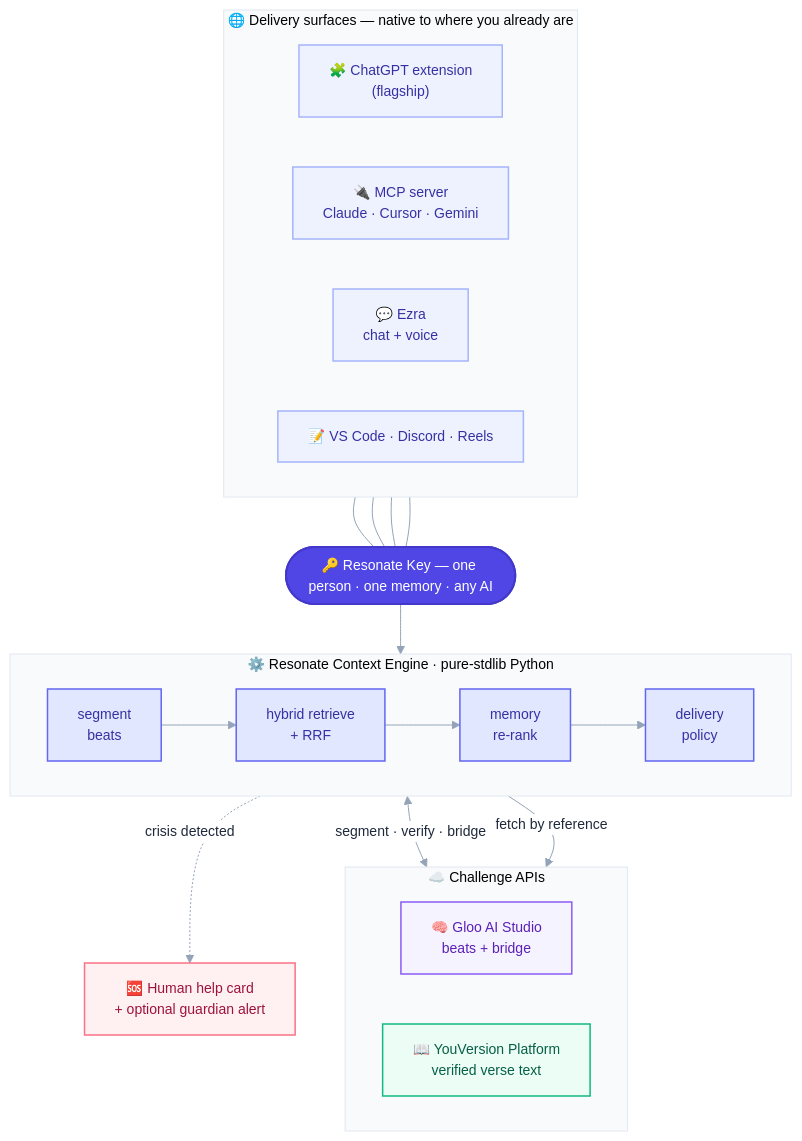
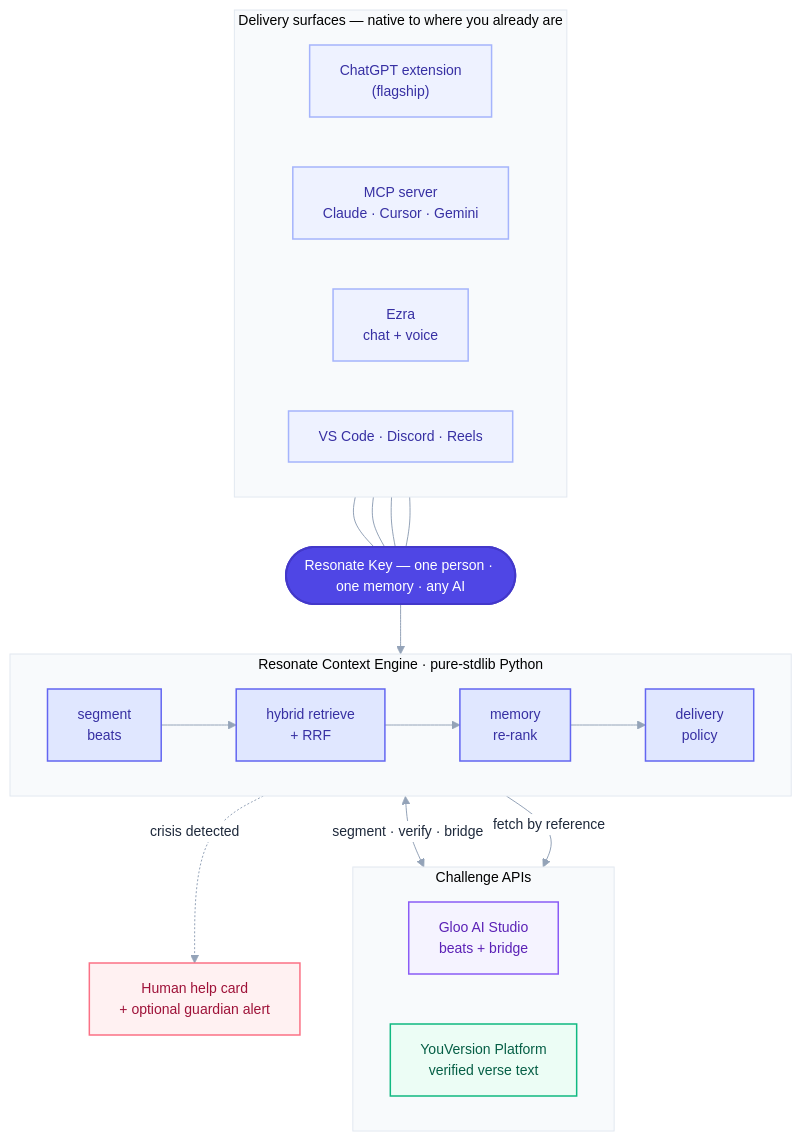
The first of 3 diagrams in README.md (krizz711/resonate), drawn with Mermaid before and after one commit. The commit also changed other lines of this file, not shown here.

````diff
--- a/README.md
+++ b/README.md
@@ -80,46 +80,46 @@
 ```mermaid
 %%{init: {'theme':'base','themeVariables':{'fontFamily':'ui-sans-serif, system-ui, -apple-system, Segoe UI, sans-serif','fontSize':'14px','lineColor':'#94a3b8','primaryColor':'#f1f5f9','primaryTextColor':'#1e293b','primaryBorderColor':'#cbd5e1','clusterBkg':'#f8fafc','clusterBorder':'#e2e8f0','edgeLabelBackground':'#ffffff'}}}%%
 flowchart TB
-    subgraph S["🌐 Delivery surfaces — native to where you already are"]
+    subgraph S["Delivery surfaces — native to where you already are"]
         direction LR
-        EXT["🧩 ChatGPT extension<br/>(flagship)"]
-        MCP["🔌 MCP server<br/>Claude · Cursor · Gemini"]
-        EZRA["💬 Ezra<br/>chat + voice"]
-        MORE["📝 VS Code · Discord · Reels"]
+        EXT["ChatGPT extension<br/>(flagship)"]
+        MCP["MCP server<br/>Claude · Cursor · Gemini"]
+        EZRA["Ezra<br/>chat + voice"]
+        MORE["VS Code · Discord · Reels"]
     end
 
-    KEY(["🔑 Resonate Key — one person · one memory · any AI"])
+    KEY(["Resonate Key — one person · one memory · any AI"])
 
-    subgraph E["⚙️ Resonate Context Engine · pure-stdlib Python"]
+    subgraph E["Resonate Context Engine · pure-stdlib Python"]
         direction LR
         SEG["segment<br/>beats"] --> RET["hybrid retrieve<br/>+ RRF"] --> MEM["memory<br/>re-rank"] --> POL["delivery<br/>policy"]
     end
 
-    subgraph A["☁️ Challenge APIs"]
+    subgraph A["Challenge APIs"]
         direction LR
-        GLOO["🧠 Gloo AI Studio<br/>beats + bridge"]
-        YV["📖 YouVersion Platform<br/>verified verse text"]
+        GLOO["Gloo AI Studio<br/>beats + bridge"]
+        YV["YouVersion Platform<br/>verified verse text"]
     end
 
     EXT --- KEY
     MCP --- KEY
     EZRA --- KEY
     MORE --- KEY
     KEY --> E
     E <-->|"segment · verify · bridge"| GLOO
     E -->|"fetch by reference"| YV
-    E -.->|"crisis detected"| HELP["🆘 Human help card<br/>+ optional guardian alert"]
+    E -.->|"crisis detected"| HELP["Human help card<br/>+ optional guardian alert"]
 
     classDef surface fill:#eef2ff,stroke:#a5b4fc,stroke-width:1.5px,color:#3730a3;
     classDef key fill:#4f46e5,stroke:#4338ca,stroke-width:2px,color:#ffffff;
     classDef engine fill:#e0e7ff,stroke:#6366f1,stroke-width:1.5px,color:#3730a3;
     classDef gloo fill:#f5f3ff,stroke:#8b5cf6,stroke-width:1.5px,color:#5b21b6;
     classDef yv fill:#ecfdf5,stroke:#10b981,stroke-width:1.5px,color:#065f46;
     classDef help fill:#fff1f2,stroke:#fb7185,stroke-width:1.5px,color:#9f1239;
     class EXT,MCP,EZRA,MORE surface;
     class KEY key;
     class SEG,RET,MEM,POL engine;
     class GLOO gloo;
     class YV yv;
     class HELP help;
 ```
````
